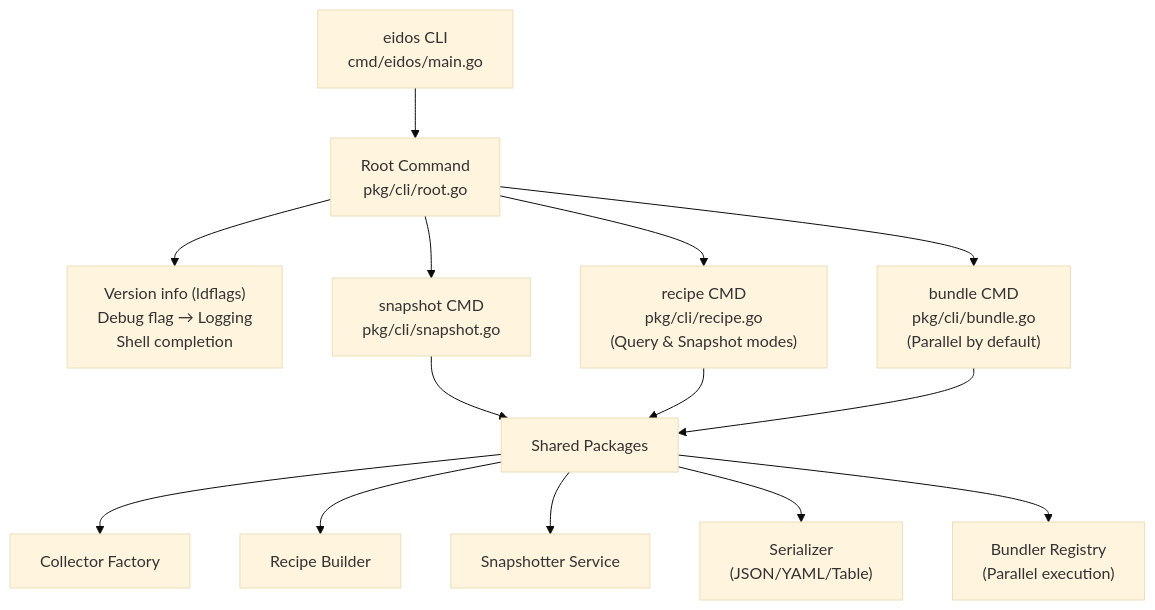
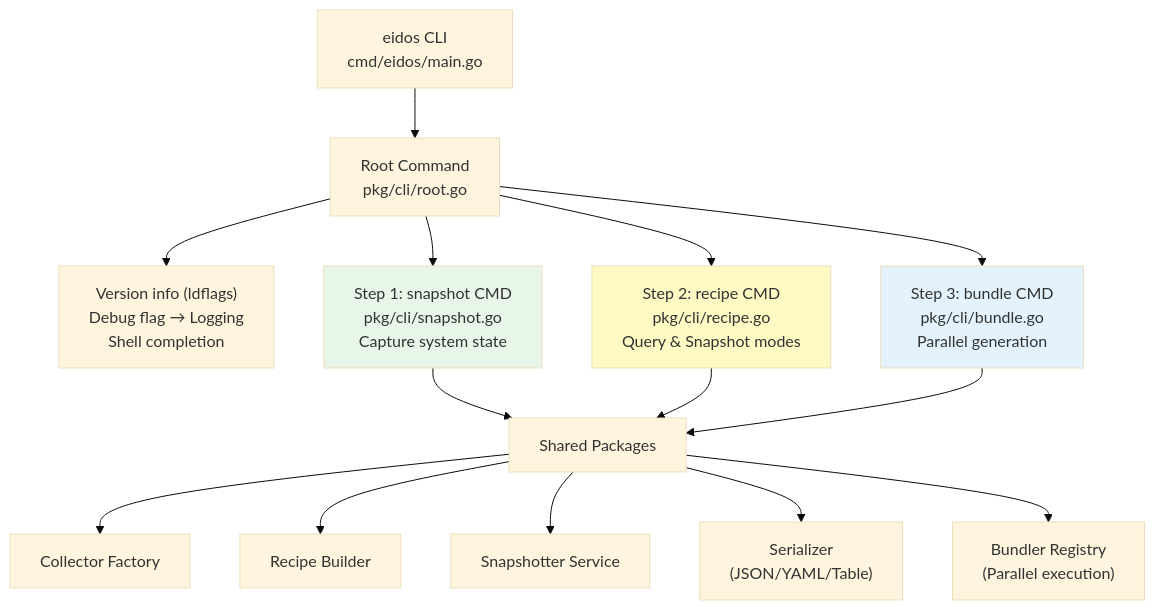
One commit to cullenmcdermott/cloud-native-stack changed the first of 12 diagrams in docs/architecture/cli.md. Above: the diagram before and after it, drawn with Mermaid (base theme). The commit also changed other lines of this file and 3 other files, not shown here.

````diff
--- a/docs/architecture/cli.md
+++ b/docs/architecture/cli.md
@@ -18,20 +42,24 @@
 ```mermaid
 flowchart TD
     A["eidos CLI<br/>cmd/eidos/main.go"] --> B["Root Command<br/>pkg/cli/root.go"]
     
     B --> B1["Version info (ldflags)<br/>Debug flag → Logging<br/>Shell completion"]
     
-    B --> C["snapshot CMD<br/>pkg/cli/snapshot.go"]
-    B --> D["recipe CMD<br/>pkg/cli/recipe.go<br/>(Query & Snapshot modes)"]
-    B --> E["bundle CMD<br/>pkg/cli/bundle.go<br/>(Parallel by default)"]
+    B --> C["Step 1: snapshot CMD<br/>pkg/cli/snapshot.go<br/>Capture system state"]
+    B --> D["Step 2: recipe CMD<br/>pkg/cli/recipe.go<br/>Query & Snapshot modes"]
+    B --> E["Step 3: bundle CMD<br/>pkg/cli/bundle.go<br/>Parallel generation"]
     
     C --> F[Shared Packages]
     D --> F
     E --> F
     
     F --> F1["Collector Factory"]
     F --> F2["Recipe Builder"]
     F --> F3["Snapshotter Service"]
     F --> F4["Serializer<br/>(JSON/YAML/Table)"]
     F --> F5["Bundler Registry<br/>(Parallel execution)"]
+    
+    style C fill:#e8f5e9
+    style D fill:#fff9c4
+    style E fill:#e3f2fd
 ```
````
